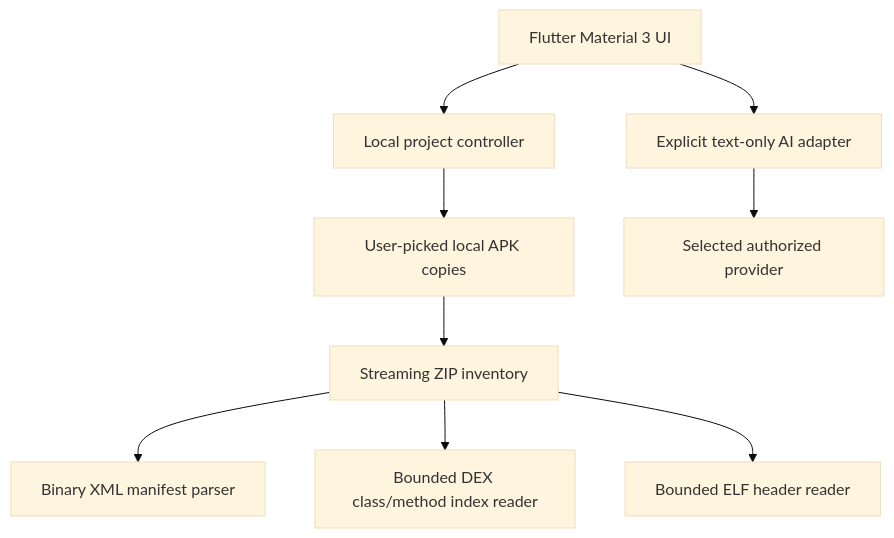
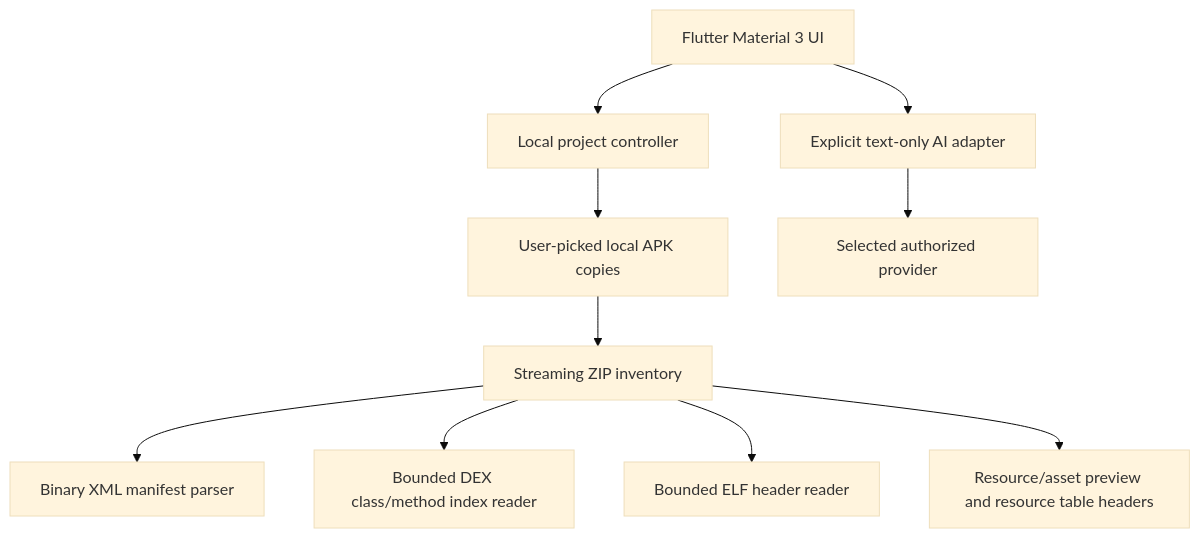
The diagram in docs/ARCHITECTURE.md (faria2177/DroidRE-AI-Studio), drawn with Mermaid (base theme) before and after one commit. The commit also changed other lines of this file and 10 other files, not shown here.

````diff
--- a/docs/ARCHITECTURE.md
+++ b/docs/ARCHITECTURE.md
@@ -5,11 +5,12 @@
 ```mermaid
 flowchart TD
   UI[Flutter Material 3 UI] --> STORE[Local project controller]
   STORE --> FILES[User-picked local APK copies]
   FILES --> ZIP[Streaming ZIP inventory]
   ZIP --> XML[Binary XML manifest parser]
   ZIP --> DEX[Bounded DEX class/method index reader]
   ZIP --> ELF[Bounded ELF header reader]
+  ZIP --> RES[Resource/asset preview and resource table headers]
   UI --> CHAT[Explicit text-only AI adapter]
   CHAT --> API[Selected authorized provider]
 ```
````
